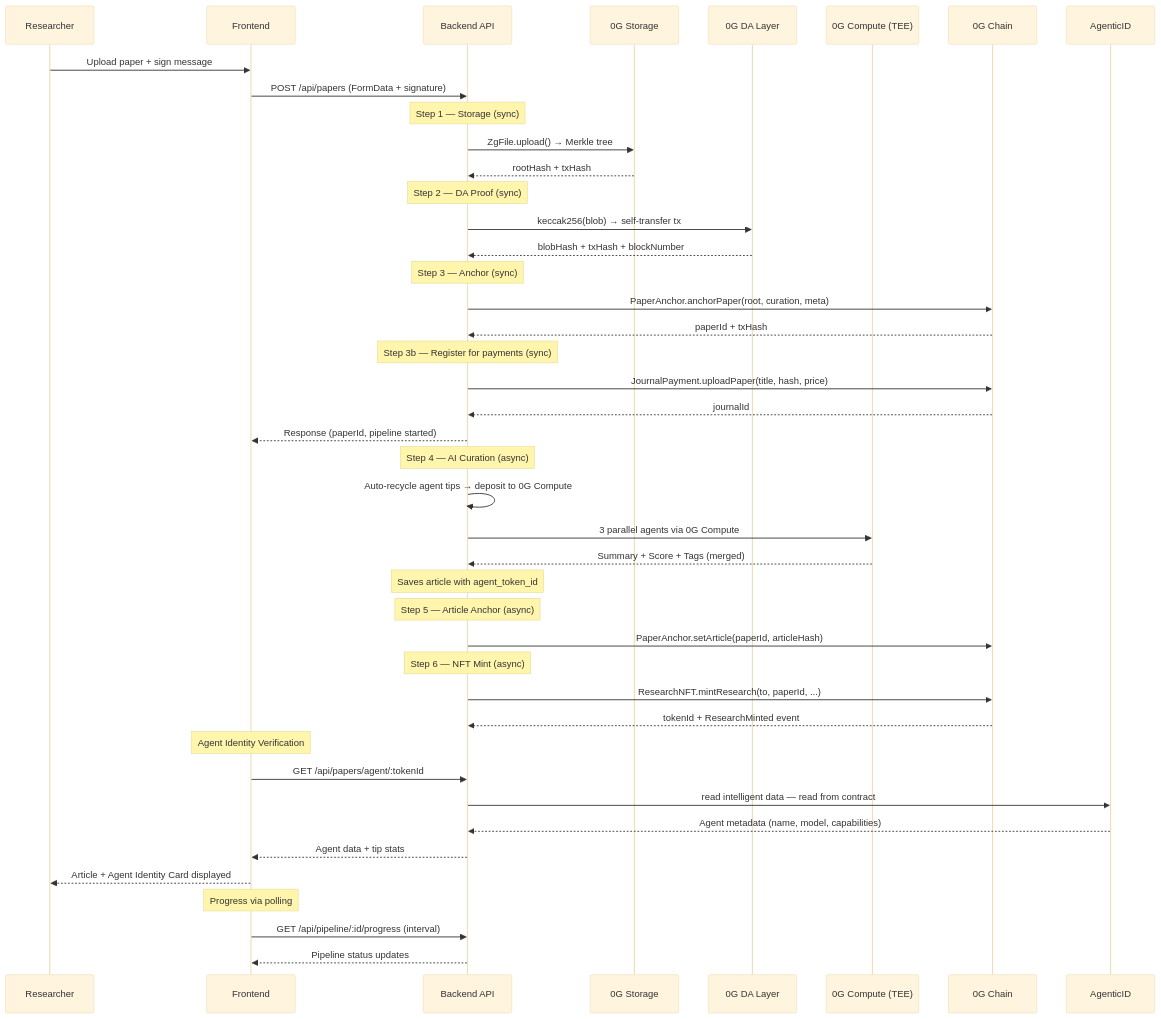
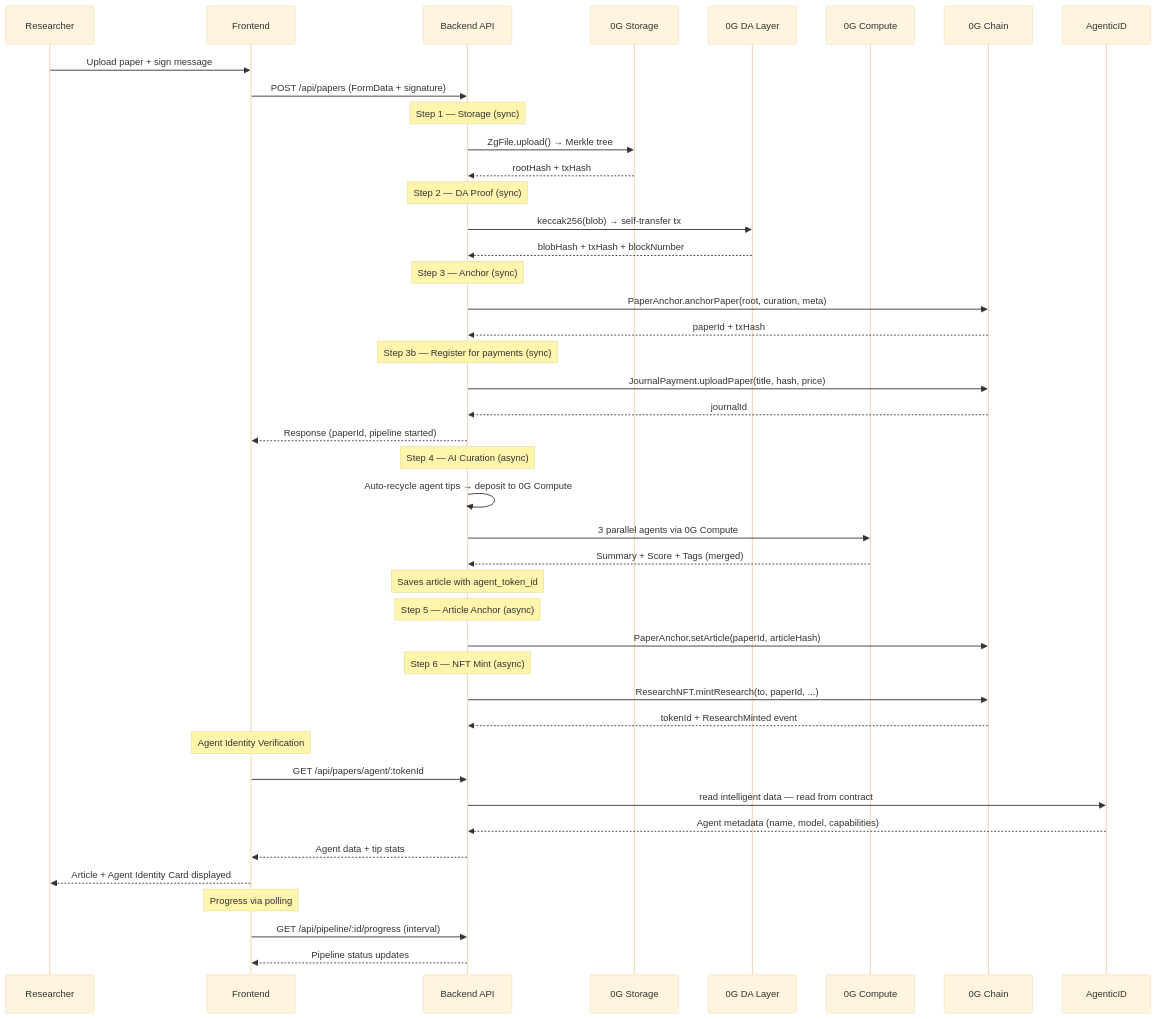
One commit to dwlpra/rumah-peneliti changed the second of 5 diagrams in README.md. Above: the diagram before and after it, drawn with Mermaid (base theme). The commit also changed other lines of this file, not shown here.

Commit message:
fix: remove GLM-5 and TEE references — model is dynamic from 0G Compute network

````diff
--- a/README.md
+++ b/README.md
@@ -228,55 +228,55 @@
 ```mermaid
 sequenceDiagram
     participant R as Researcher
     participant FE as Frontend
     participant BE as Backend API
     participant S as 0G Storage
     participant DA as 0G DA Layer
-    participant C as 0G Compute (TEE)
+    participant C as 0G Compute
     participant CH as 0G Chain
     participant AG as AgenticID
 
     R->>FE: Upload paper + sign message
     FE->>BE: POST /api/papers (FormData + signature)
 
     Note over BE: Step 1 — Storage (sync)
     BE->>S: ZgFile.upload() → Merkle tree
     S-->>BE: rootHash + txHash
 
     Note over BE: Step 2 — DA Proof (sync)
     BE->>DA: keccak256(blob) → self-transfer tx
     DA-->>BE: blobHash + txHash + blockNumber
 
     Note over BE: Step 3 — Anchor (sync)
     BE->>CH: PaperAnchor.anchorPaper(root, curation, meta)
     CH-->>BE: paperId + txHash
 
     Note over BE: Step 3b — Register for payments (sync)
     BE->>CH: JournalPayment.uploadPaper(title, hash, price)
     CH-->>BE: journalId
     BE-->>FE: Response (paperId, pipeline started)
 
     Note over BE: Step 4 — AI Curation (async)
     BE->>BE: Auto-recycle agent tips → deposit to 0G Compute
     BE->>C: 3 parallel agents via 0G Compute
     C-->>BE: Summary + Score + Tags (merged)
     Note over BE: Saves article with agent_token_id
 
     Note over BE: Step 5 — Article Anchor (async)
     BE->>CH: PaperAnchor.setArticle(paperId, articleHash)
 
     Note over BE: Step 6 — NFT Mint (async)
     BE->>CH: ResearchNFT.mintResearch(to, paperId, ...)
     CH-->>BE: tokenId + ResearchMinted event
 
     Note over FE: Agent Identity Verification
     FE->>BE: GET /api/papers/agent/:tokenId
     BE->>AG: read intelligent data — read from contract
     AG-->>BE: Agent metadata (name, model, capabilities)
     BE-->>FE: Agent data + tip stats
     FE-->>R: Article + Agent Identity Card displayed
 
     Note over FE: Progress via polling
     FE->>BE: GET /api/pipeline/:id/progress (interval)
     BE-->>FE: Pipeline status updates
 ```
````
